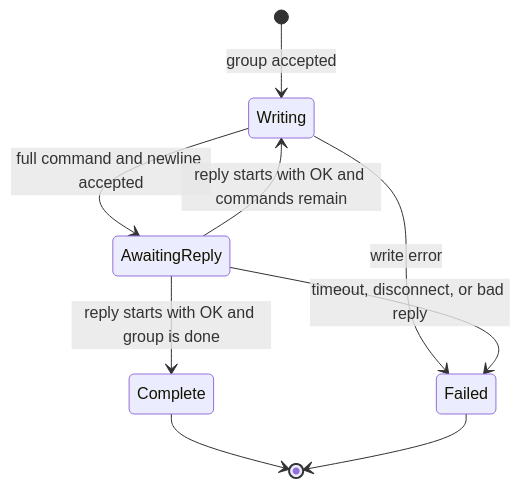
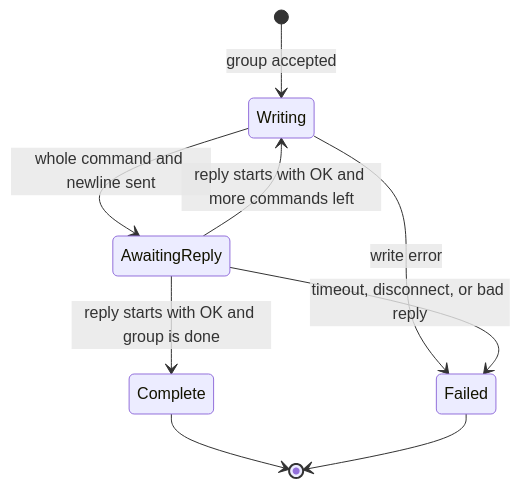
Before and after one commit to attackofthetitan/vicon-lsl-sync: the sixth of 15 diagrams in docs/runtime-state-machines.md, drawn with Mermaid. The commit also changed other lines of this file and 59 other files, not shown here.

````diff
--- a/docs/runtime-state-machines.md
+++ b/docs/runtime-state-machines.md
@@ -229,11 +229,11 @@
 ```mermaid
 stateDiagram-v2
     [*] --> Writing: group accepted
-    Writing --> AwaitingReply: full command and newline accepted
-    AwaitingReply --> Writing: reply starts with OK and commands remain
+    Writing --> AwaitingReply: whole command and newline sent
+    AwaitingReply --> Writing: reply starts with OK and more commands left
     AwaitingReply --> Complete: reply starts with OK and group is done
     Writing --> Failed: write error
     AwaitingReply --> Failed: timeout, disconnect, or bad reply
     Complete --> [*]
     Failed --> [*]
 ```
````
